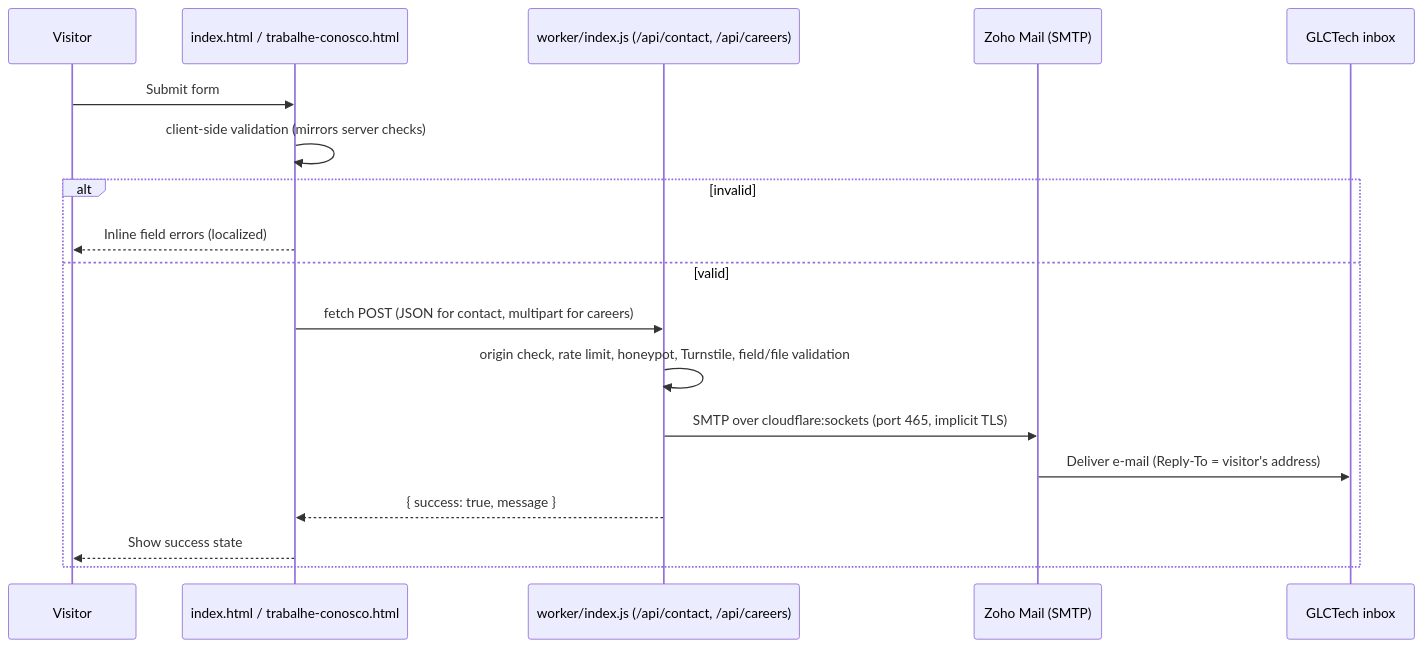
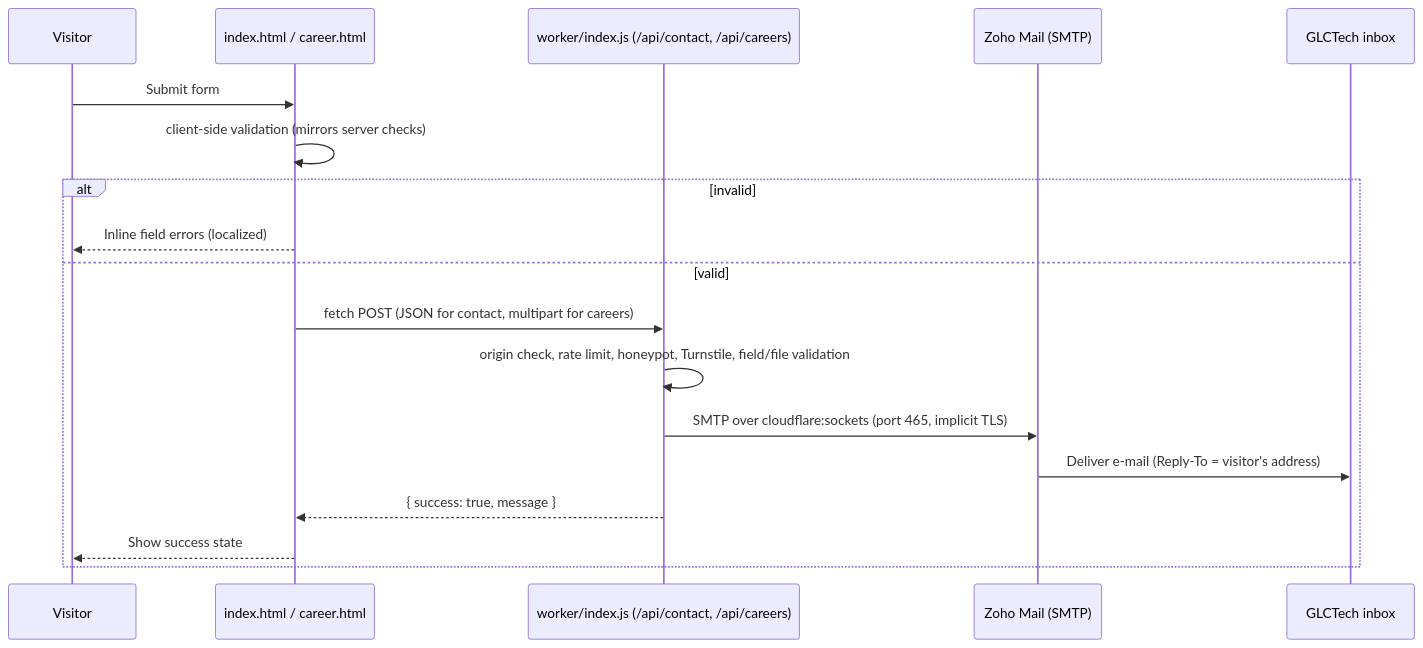
One commit to andrelcezar/glctech changed the second of 5 diagrams in docs/ARCHITECTURE.md. Above: the diagram before and after it, drawn with Mermaid. The commit also changed other lines of this file and 19 other files, not shown here.

First line of the commit message:
Send form emails in English and rename the careers page to career.html

````diff
--- a/docs/ARCHITECTURE.md
+++ b/docs/ARCHITECTURE.md
@@ -201,20 +201,20 @@
 ```mermaid
 sequenceDiagram
     participant U as Visitor
-    participant P as index.html / trabalhe-conosco.html
+    participant P as index.html / career.html
     participant WK as worker/index.js (/api/contact, /api/careers)
     participant Z as Zoho Mail (SMTP)
     participant M as GLCTech inbox
     U->>P: Submit form
     P->>P: client-side validation (mirrors server checks)
     alt invalid
         P-->>U: Inline field errors (localized)
     else valid
         P->>WK: fetch POST (JSON for contact, multipart for careers)
         WK->>WK: origin check, rate limit, honeypot, Turnstile, field/file validation
         WK->>Z: SMTP over cloudflare:sockets (port 465, implicit TLS)
         Z->>M: Deliver e-mail (Reply-To = visitor's address)
         WK-->>P: { success: true, message }
         P-->>U: Show success state
     end
 ```
````
